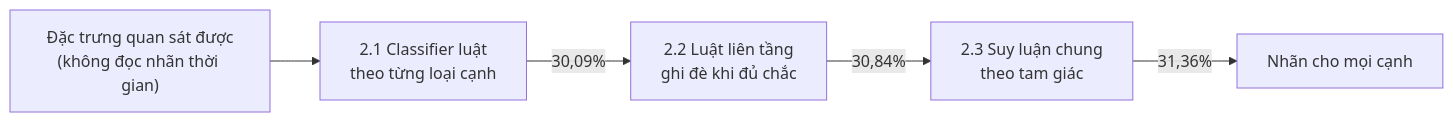
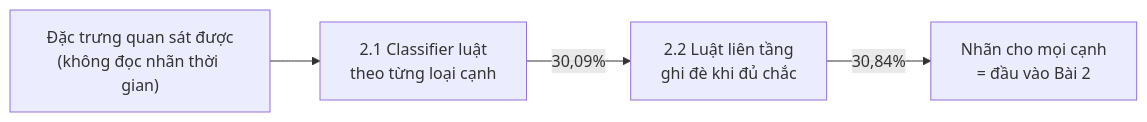
The first of 4 diagrams in report/TEMPEKG_BAI1.md (Pigeon102/TempEKG), drawn with Mermaid before and after one commit. The commit also changed other lines of this file and 15 other files, not shown here.

````diff
--- a/report/TEMPEKG_BAI1.md
+++ b/report/TEMPEKG_BAI1.md
@@ -16,7 +18,6 @@
 ```mermaid
 flowchart LR
     F["Đặc trưng quan sát được<br/>(không đọc nhãn thời gian)"] --> C["2.1 Classifier luật<br/>theo từng loại cạnh"]
     C -->|"30,09%"| L["2.2 Luật liên tầng<br/>ghi đè khi đủ chắc"]
-    L -->|"30,84%"| J["2.3 Suy luận chung<br/>theo tam giác"]
-    J -->|"31,36%"| O["Nhãn cho mọi cạnh"]
+    L -->|"30,84%"| O["Nhãn cho mọi cạnh<br/>= đầu vào Bài 2"]
 ```
````
